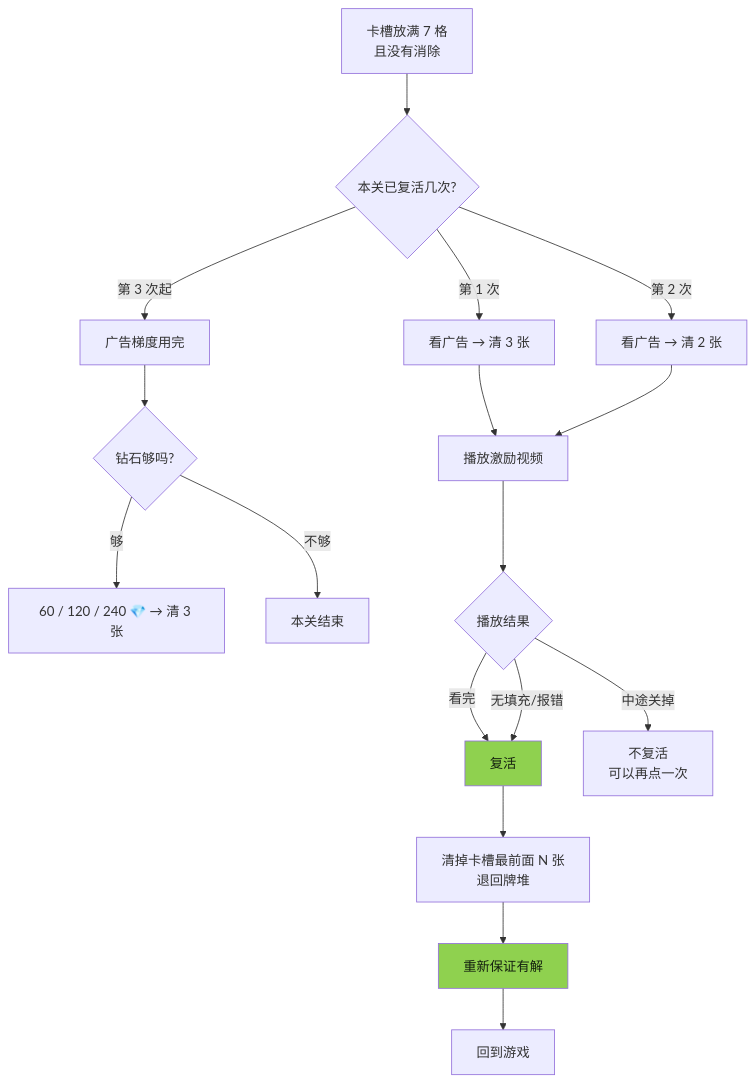
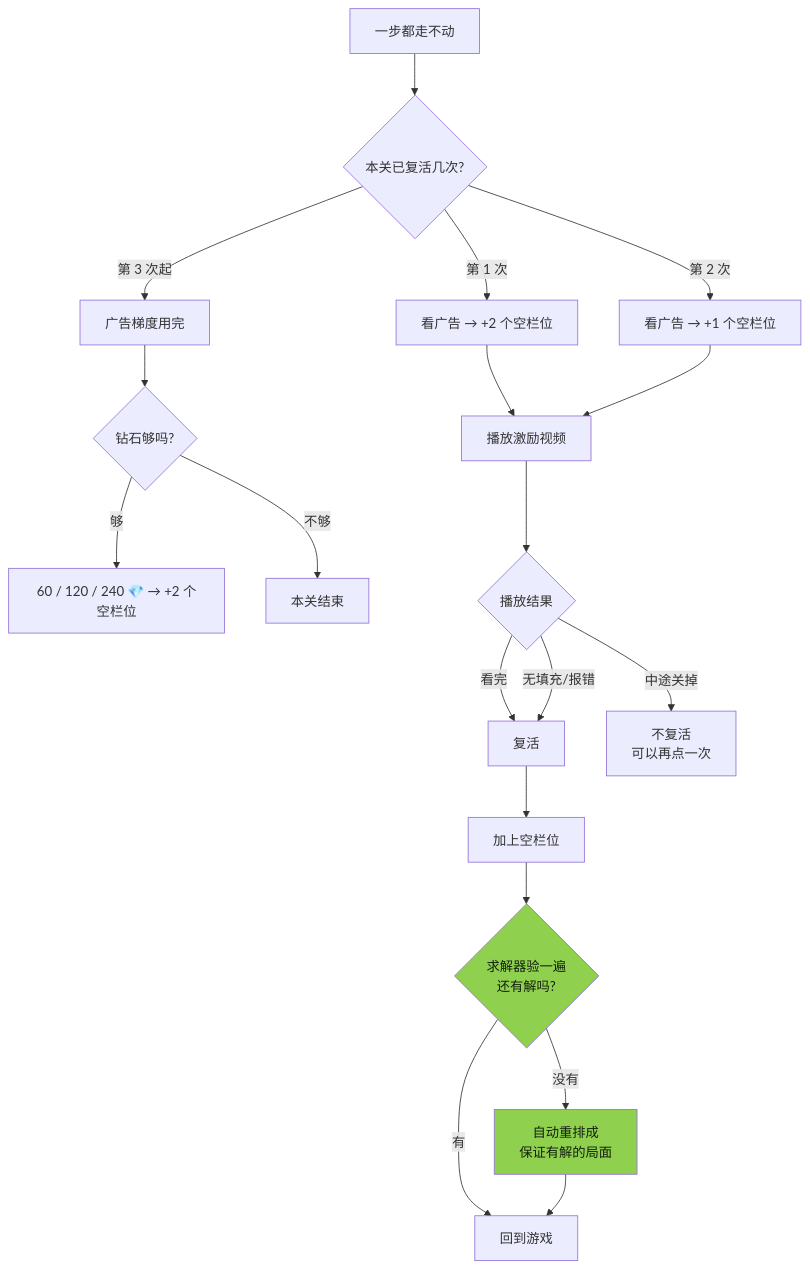
One commit to SimmonJ-WYJ/sheepsheep changed the first of 2 diagrams in docs/03-广告与变现设计.md. Above: the diagram before and after it, drawn with Mermaid. The commit also changed other lines of this file and 25 other files, not shown here.

````diff
--- a/docs/03-广告与变现设计.md
+++ b/docs/03-广告与变现设计.md
@@ -82,24 +82,26 @@
 ```mermaid
 flowchart TD
-    A[卡槽放满 7 格<br/>且没有消除] --> B{本关已复活几次?}
-    B -->|第 1 次| C[看广告 → 清 3 张]
-    B -->|第 2 次| D[看广告 → 清 2 张]
+    A[一步都走不动] --> B{本关已复活几次?}
+    B -->|第 1 次| C[看广告 → +2 个空栏位]
+    B -->|第 2 次| D[看广告 → +1 个空栏位]
     B -->|第 3 次起| E[广告梯度用完]
     E --> F{钻石够吗?}
-    F -->|够| G[60 / 120 / 240 💎 → 清 3 张]
+    F -->|够| G[60 / 120 / 240 💎 → +2 个空栏位]
     F -->|不够| H[本关结束]
 
     C --> I[播放激励视频]
     D --> I
     I --> J{播放结果}
     J -->|看完| K[复活]
     J -->|无填充/报错| K
     J -->|中途关掉| L[不复活<br/>可以再点一次]
 
-    K --> M[清掉卡槽最前面 N 张<br/>退回牌堆]
-    M --> N[重新保证有解]
-    N --> O[回到游戏]
+    K --> M[加上空栏位]
+    M --> N{求解器验一遍<br/>还有解吗?}
+    N -->|有| O[回到游戏]
+    N -->|没有| P[自动重排成<br/>保证有解的局面]
+    P --> O
 
     style N fill:#8fd14f,color:#14200f
-    style K fill:#8fd14f,color:#14200f
+    style P fill:#8fd14f,color:#14200f
 ```
````
